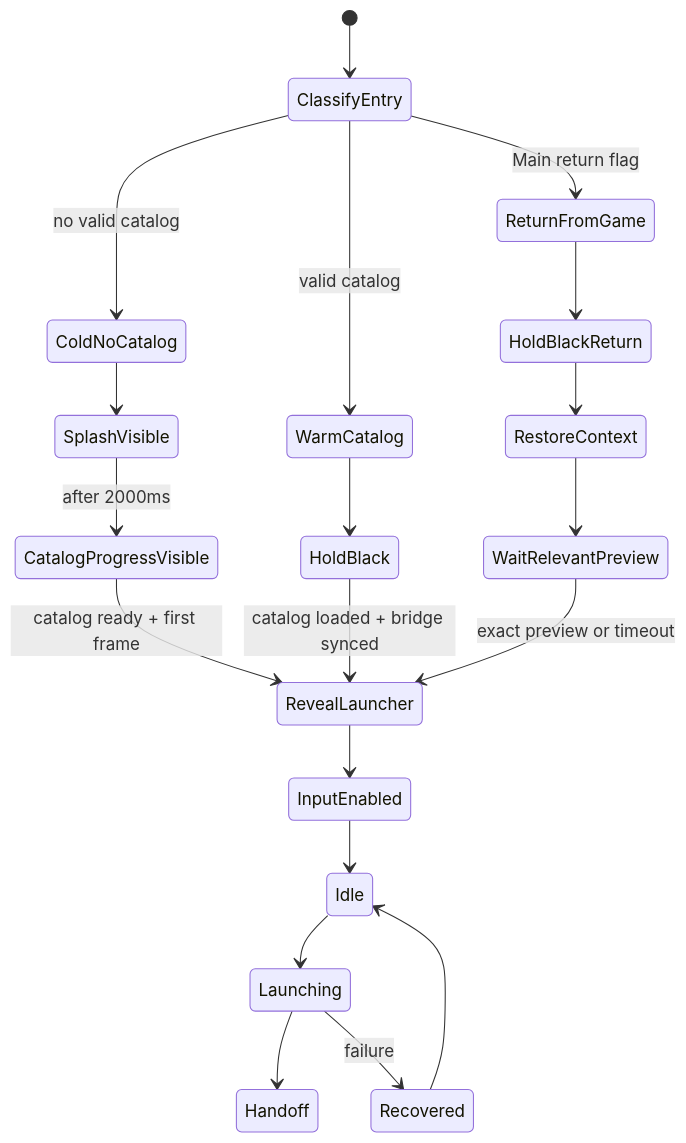
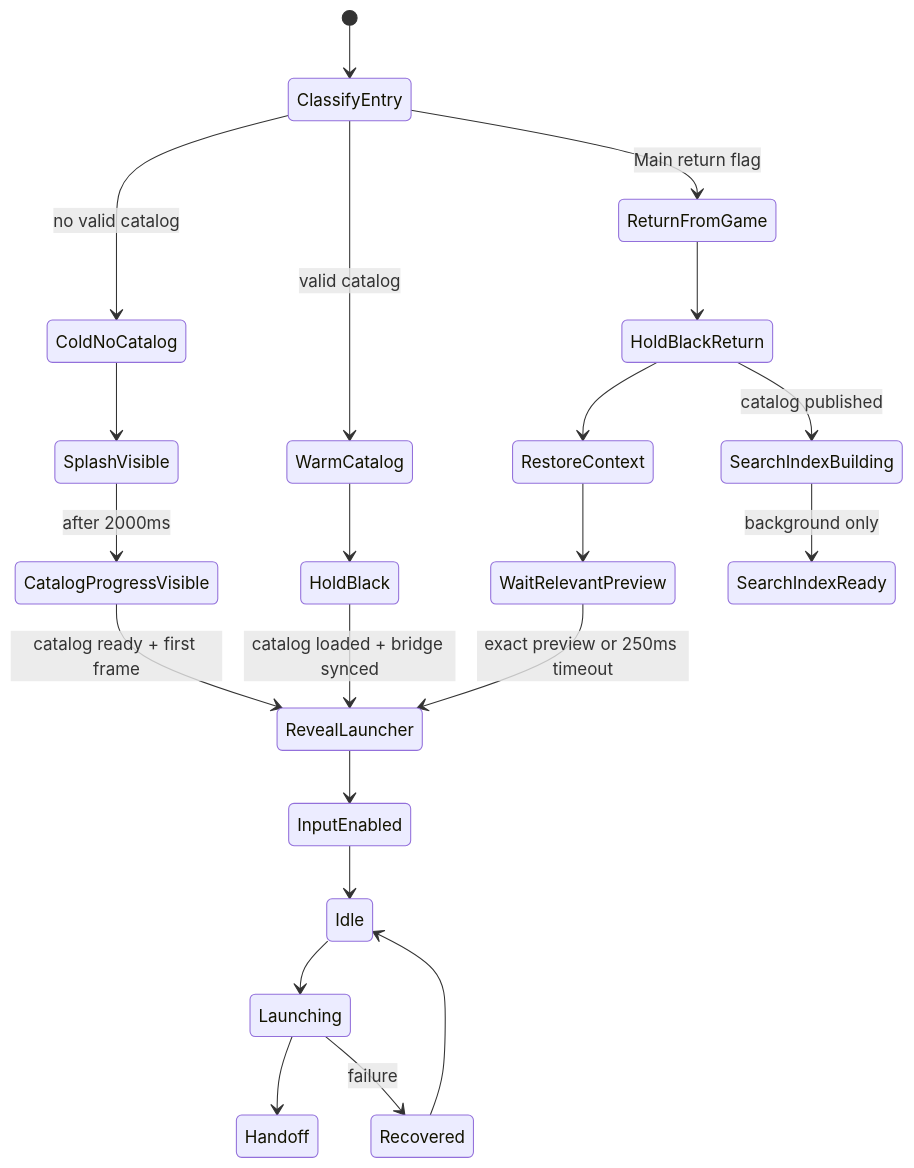
One commit to NigelBreslaw/MiSTer-MagiK changed the diagram in documentation/src/content/docs/architecture/launcher-lifecycle.mdx. Above: the diagram before and after it, drawn with Mermaid. The commit also changed other lines of this file and 21 other files, not shown here.

Commit message:
Move search indexing off launcher critical path

````diff
--- a/documentation/src/content/docs/architecture/launcher-lifecycle.mdx
+++ b/documentation/src/content/docs/architecture/launcher-lifecycle.mdx
@@ -10,22 +10,24 @@
 ```mermaid
 stateDiagram-v2
   [*] --> ClassifyEntry
   ClassifyEntry --> ColdNoCatalog: no valid catalog
   ClassifyEntry --> WarmCatalog: valid catalog
   ClassifyEntry --> ReturnFromGame: Main return flag
   ColdNoCatalog --> SplashVisible
   SplashVisible --> CatalogProgressVisible: after 2000ms
   CatalogProgressVisible --> RevealLauncher: catalog ready + first frame
   WarmCatalog --> HoldBlack
   HoldBlack --> RevealLauncher: catalog loaded + bridge synced
   ReturnFromGame --> HoldBlackReturn
   HoldBlackReturn --> RestoreContext
   RestoreContext --> WaitRelevantPreview
-  WaitRelevantPreview --> RevealLauncher: exact preview or timeout
+  WaitRelevantPreview --> RevealLauncher: exact preview or 250ms timeout
+  HoldBlackReturn --> SearchIndexBuilding: catalog published
+  SearchIndexBuilding --> SearchIndexReady: background only
   RevealLauncher --> InputEnabled
   InputEnabled --> Idle
   Idle --> Launching
   Launching --> Handoff
   Launching --> Recovered: failure
   Recovered --> Idle
 ```
````
